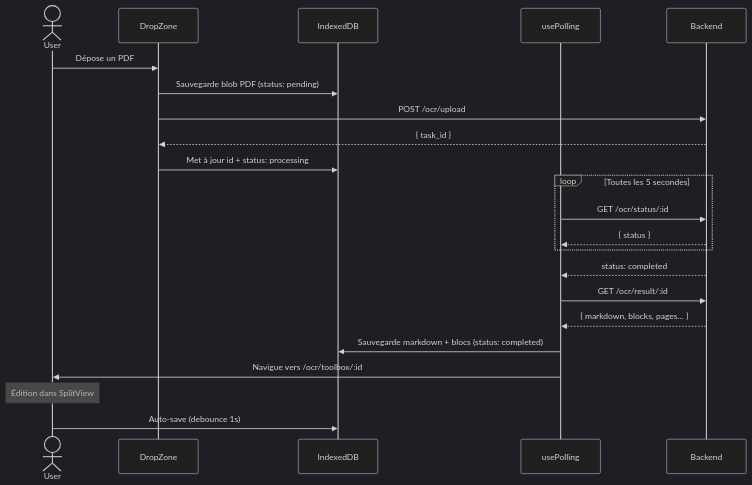
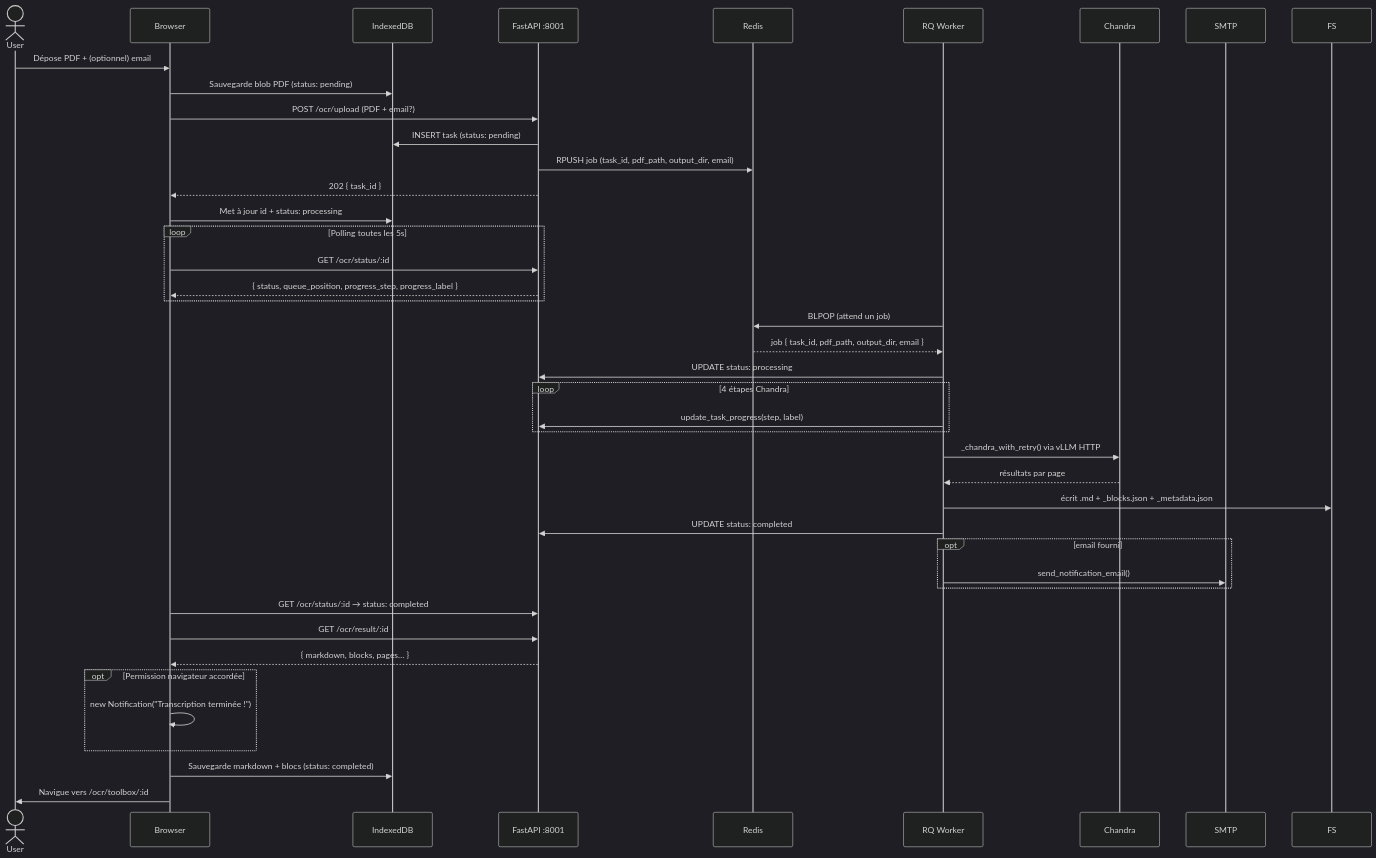
Before and after one commit to CRH-EHESS/Histoolbox: the fourth of 7 diagrams in ARCHITECTURE.md, drawn with Mermaid (dark theme). The commit also changed other lines of this file and 22 other files, not shown here.

Commit message:
✨ feat: migration RQ et notifications pour les traitements OCR longs

````diff
--- a/ARCHITECTURE.md
+++ b/ARCHITECTURE.md
@@ -81,28 +109,47 @@
 ```mermaid
 sequenceDiagram
     actor User
-    participant DropZone
+    participant Browser
     participant IndexedDB
-    participant Polling as usePolling
-    participant Backend
+    participant API as FastAPI :8001
+    participant Redis
+    participant Worker as RQ Worker
+    participant Chandra
+    participant SMTP
 
-    User->>DropZone: Dépose un PDF
-    DropZone->>IndexedDB: Sauvegarde blob PDF (status: pending)
-    DropZone->>Backend: POST /ocr/upload
-    Backend-->>DropZone: { task_id }
-    DropZone->>IndexedDB: Met à jour id + status: processing
+    User->>Browser: Dépose PDF + (optionnel) email
+    Browser->>IndexedDB: Sauvegarde blob PDF (status: pending)
+    Browser->>API: POST /ocr/upload (PDF + email?)
+    API->>IndexedDB: INSERT task (status: pending)
+    API->>Redis: RPUSH job (task_id, pdf_path, output_dir, email)
+    API-->>Browser: 202 { task_id }
+    Browser->>IndexedDB: Met à jour id + status: processing
 
-    loop Toutes les 5 secondes
-        Polling->>Backend: GET /ocr/status/:id
-        Backend-->>Polling: { status }
+    loop Polling toutes les 5s
+        Browser->>API: GET /ocr/status/:id
+        API-->>Browser: { status, queue_position, progress_step, progress_label }
     end
 
-    Backend-->>Polling: status: completed
-    Polling->>Backend: GET /ocr/result/:id
-    Backend-->>Polling: { markdown, blocks, pages… }
-    Polling->>IndexedDB: Sauvegarde markdown + blocs (status: completed)
-    Polling->>User: Navigue vers /ocr/toolbox/:id
+    Worker->>Redis: BLPOP (attend un job)
+    Redis-->>Worker: job { task_id, pdf_path, output_dir, email }
+    Worker->>API: UPDATE status: processing
+    loop 4 étapes Chandra
+        Worker->>API: update_task_progress(step, label)
+    end
+    Worker->>Chandra: _chandra_with_retry() via vLLM HTTP
+    Chandra-->>Worker: résultats par page
+    Worker->>FS: écrit .md + _blocks.json + _metadata.json
+    Worker->>API: UPDATE status: completed
+    opt email fourni
+        Worker->>SMTP: send_notification_email()
+    end
 
-    Note over User: Édition dans SplitView
-    User->>IndexedDB: Auto-save (debounce 1s)
+    Browser->>API: GET /ocr/status/:id → status: completed
+    Browser->>API: GET /ocr/result/:id
+    API-->>Browser: { markdown, blocks, pages… }
+    opt Permission navigateur accordée
+        Browser->>Browser: new Notification("Transcription terminée !")
+    end
+    Browser->>IndexedDB: Sauvegarde markdown + blocs (status: completed)
+    Browser->>User: Navigue vers /ocr/toolbox/:id
 ```
````
